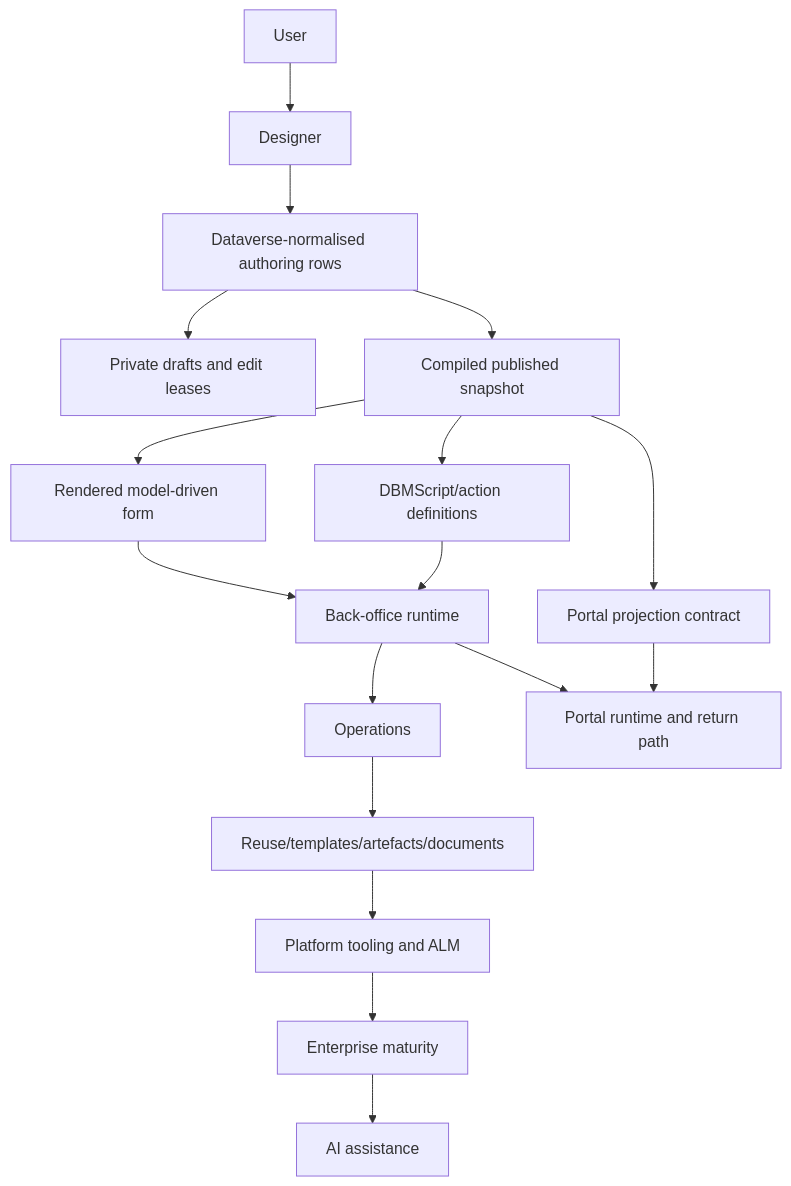
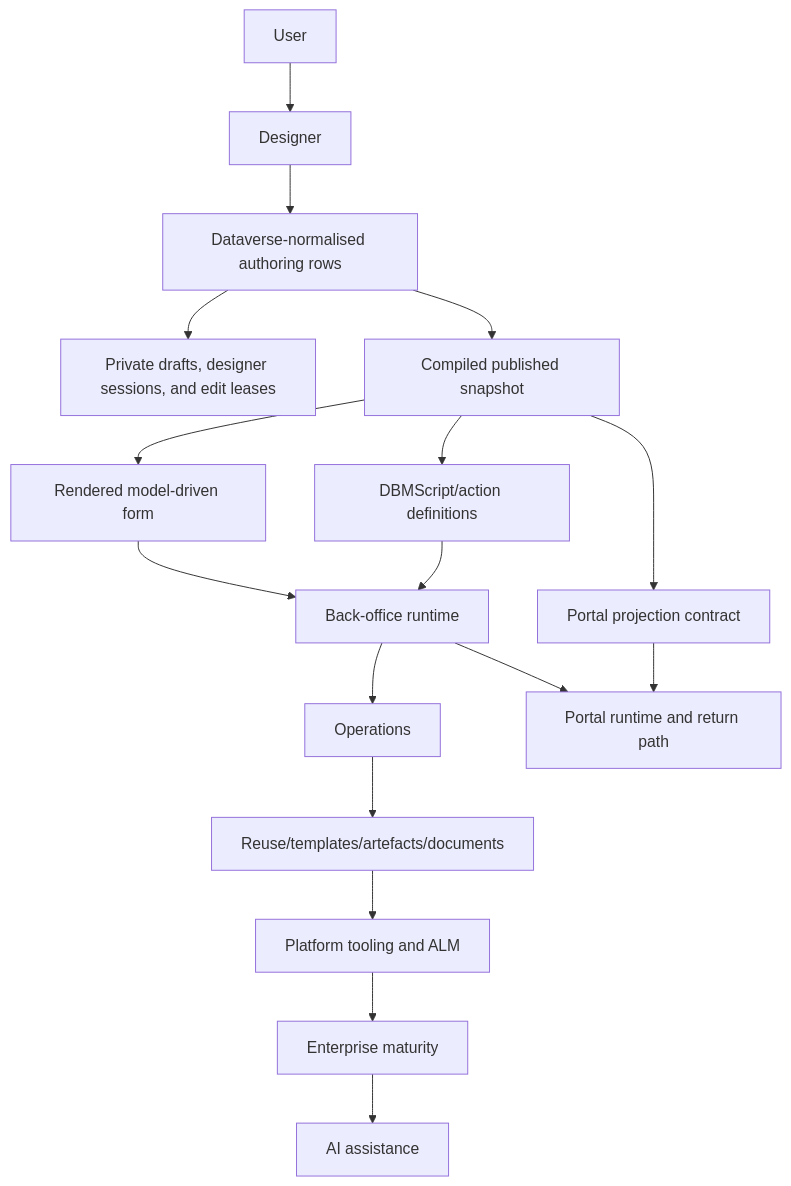
Before and after one commit to yagasoft/Dynamics-BusinessMachine: the diagram in docs/architecture/target-platform-architecture.md, drawn with Mermaid. The commit also changed other lines of this file and 8 other files, not shown here.

Commit message:
docs: add designer session awareness roadmap

````diff
--- a/docs/architecture/target-platform-architecture.md
+++ b/docs/architecture/target-platform-architecture.md
@@ -70,19 +73,19 @@
 ```mermaid
 flowchart TB
     A["User"] --> B["Designer"]
     B --> C["Dataverse-normalised authoring rows"]
-    C --> D["Private drafts and edit leases"]
+    C --> D["Private drafts, designer sessions, and edit leases"]
     C --> E["Compiled published snapshot"]
     E --> F["Rendered model-driven form"]
     E --> G["Portal projection contract"]
     E --> H["DBMScript/action definitions"]
     H --> I["Back-office runtime"]
     F --> I
     I --> J["Operations"]
     J --> K["Reuse/templates/artefacts/documents"]
     K --> L["Platform tooling and ALM"]
     L --> M["Enterprise maturity"]
     M --> N["AI assistance"]
     G --> O["Portal runtime and return path"]
     I --> O
 ```
````
